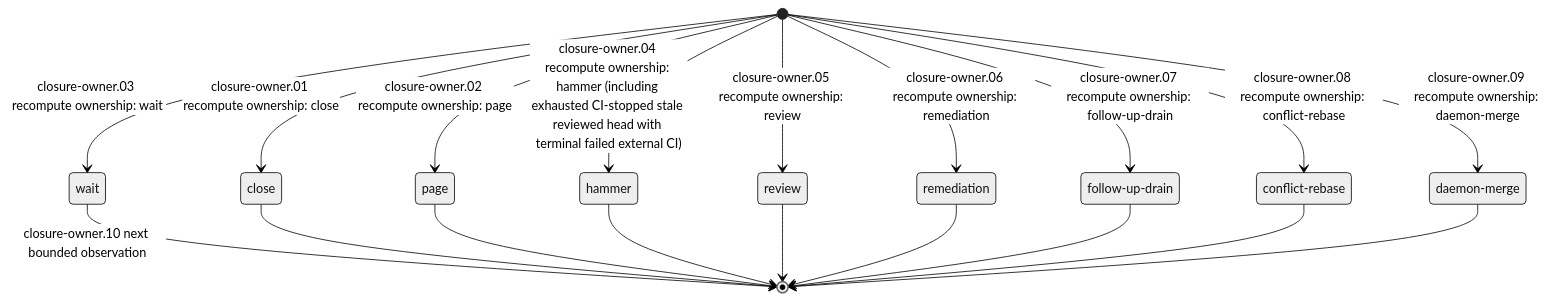
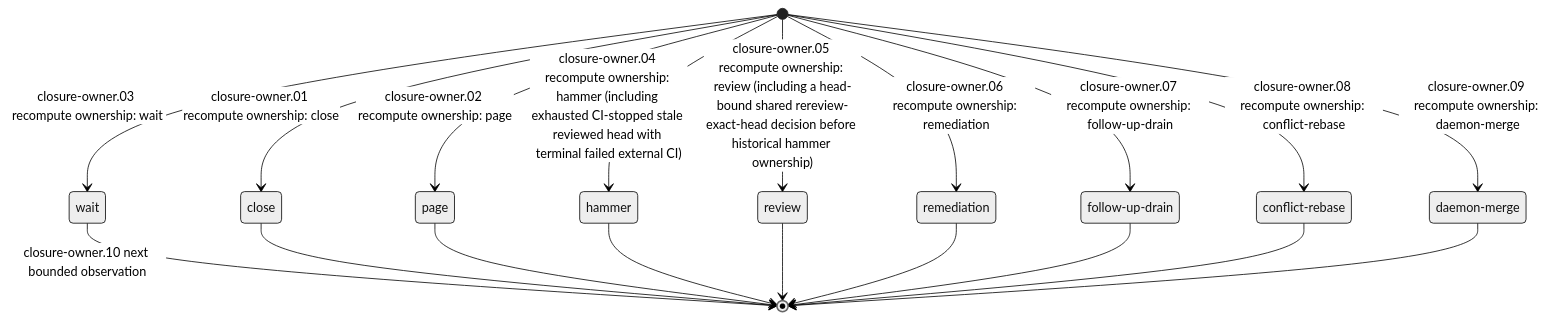
The fifth of 6 diagrams in README.md (laceyenterprises/adversarial-review), drawn with Mermaid (neutral theme) before and after one commit. The commit also changed other lines of this file and 5 other files, not shown here.

````diff
--- a/README.md
+++ b/README.md
@@ -1509,30 +1511,30 @@
 ```mermaid
 stateDiagram-v2
     state "close" as s0
     state "page" as s1
     state "wait" as s2
     state "hammer" as s3
     state "review" as s4
     state "remediation" as s5
     state "follow-up-drain" as s6
     state "conflict-rebase" as s7
     state "daemon-merge" as s8
     [*] --> s0: closure-owner.01 recompute ownership: close
     [*] --> s1: closure-owner.02 recompute ownership: page
     [*] --> s2: closure-owner.03 recompute ownership: wait
     [*] --> s3: closure-owner.04 recompute ownership: hammer (including exhausted CI-stopped stale reviewed head with terminal failed external CI)
-    [*] --> s4: closure-owner.05 recompute ownership: review
+    [*] --> s4: closure-owner.05 recompute ownership: review (including a head-bound shared rereview-exact-head decision before historical hammer ownership)
     [*] --> s5: closure-owner.06 recompute ownership: remediation
     [*] --> s6: closure-owner.07 recompute ownership: follow-up-drain
     [*] --> s7: closure-owner.08 recompute ownership: conflict-rebase
     [*] --> s8: closure-owner.09 recompute ownership: daemon-merge
     s2 --> [*]: closure-owner.10 next bounded observation
     s0 --> [*]
     s1 --> [*]
     s3 --> [*]
     s4 --> [*]
     s5 --> [*]
     s6 --> [*]
     s7 --> [*]
     s8 --> [*]
 ```
````
